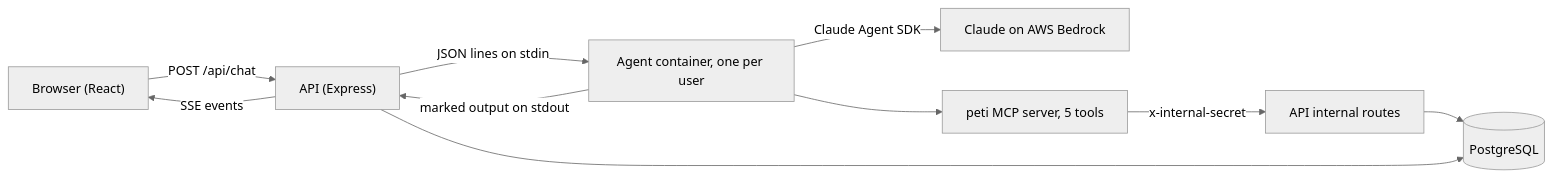
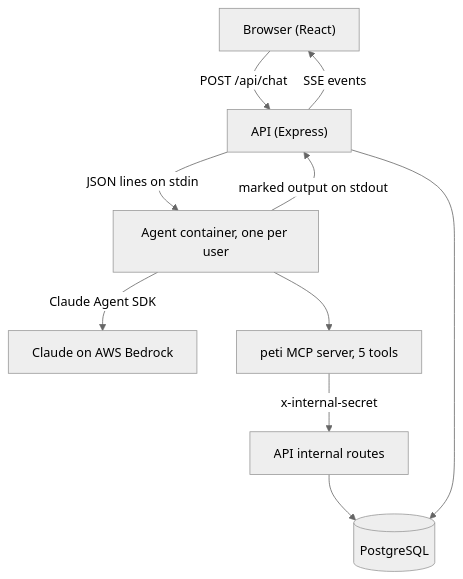
Before and after one commit to YuzhengShi/peti-pixel-companion: the diagram in README.md, drawn with Mermaid (neutral theme).

Commit message:
README: draw the diagram top to bottom
GitHub shrinks a wide left-to-right diagram to the page width, which
made its labels hard to read. Top to bottom keeps them at full size.

````diff
--- a/README.md
+++ b/README.md
@@ -55,12 +55,12 @@
 ```mermaid
-flowchart LR
+flowchart TD
   B["Browser (React)"] -->|"POST /api/chat"| A["API (Express)"]
   A -->|"SSE events"| B
   A -->|"JSON lines on stdin"| C["Agent container, one per user"]
   C -->|"marked output on stdout"| A
   C -->|"Claude Agent SDK"| L["Claude on AWS Bedrock"]
   C --> M["peti MCP server, 5 tools"]
   M -->|"x-internal-secret"| I["API internal routes"]
   I --> D[("PostgreSQL")]
   A --> D
 ```
````
